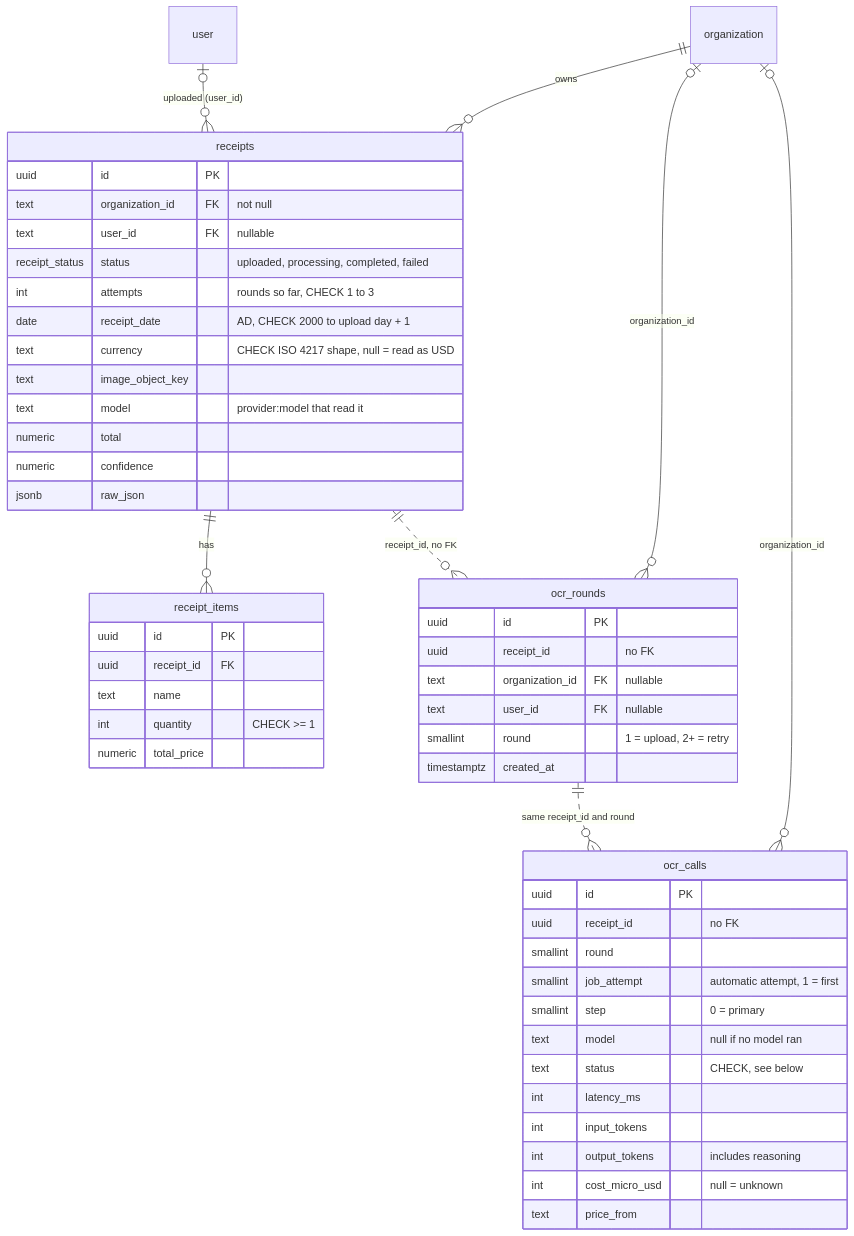
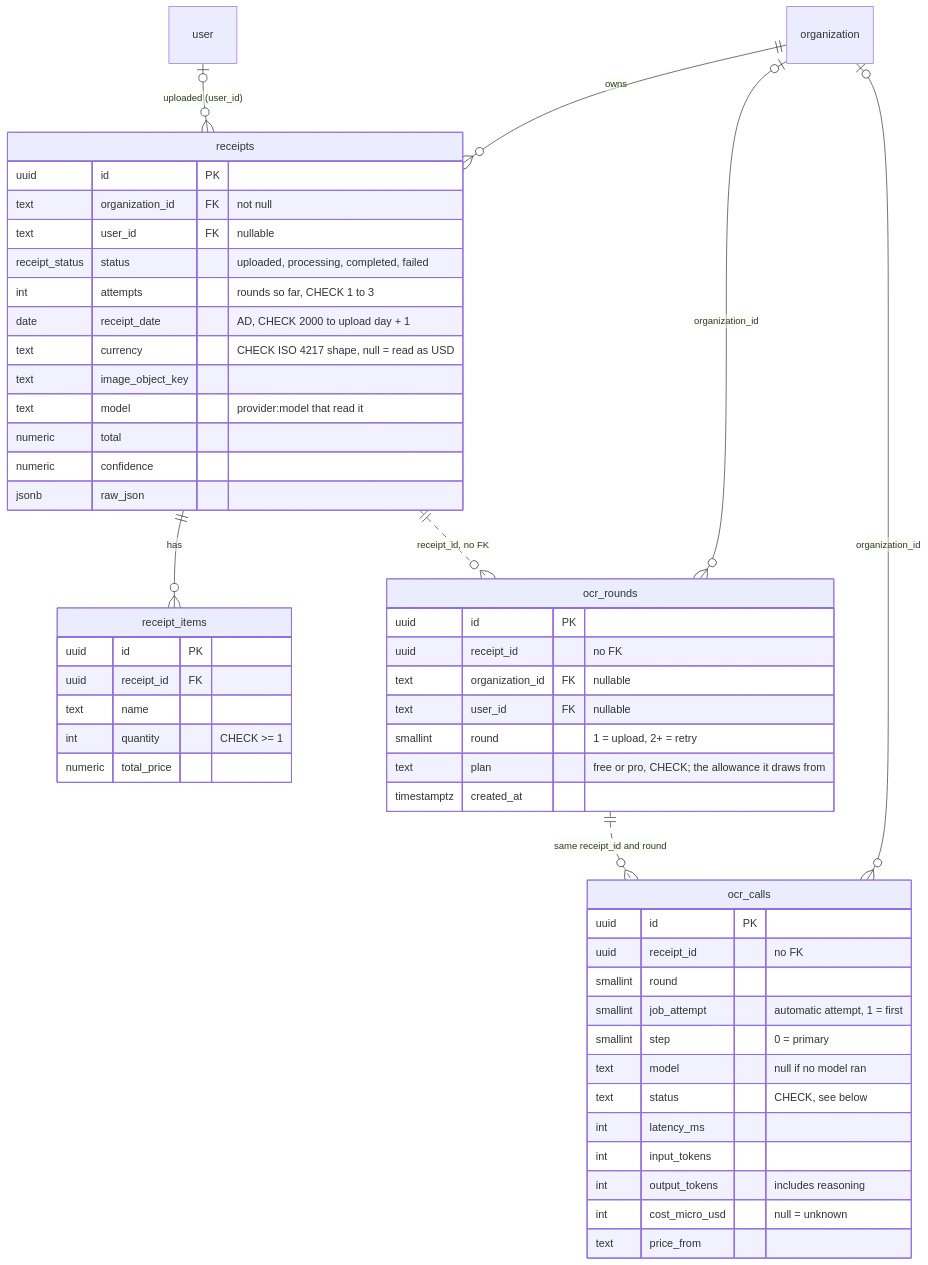
Before and after one commit to bhimrazy/receipt-ocr-app: the second of 6 diagrams in docs/architecture/data-model.md, drawn with Mermaid. The commit also changed other lines of this file and 10 other files, not shown here.

First line of the commit message:
docs: billing flow, plans and limits table, Paddle setup and decisions

````diff
--- a/docs/architecture/data-model.md
+++ b/docs/architecture/data-model.md
@@ -133,54 +134,55 @@
 ```mermaid
 erDiagram
   organization ||--o{ receipts : "owns"
   user |o--o{ receipts : "uploaded (user_id)"
   receipts ||--o{ receipt_items : "has"
   receipts ||..o{ ocr_rounds : "receipt_id, no FK"
   ocr_rounds ||..o{ ocr_calls : "same receipt_id and round"
   organization |o--o{ ocr_rounds : "organization_id"
   organization |o--o{ ocr_calls : "organization_id"
 
   receipts {
     uuid id PK
     text organization_id FK "not null"
     text user_id FK "nullable"
     receipt_status status "uploaded, processing, completed, failed"
     int attempts "rounds so far, CHECK 1 to 3"
     date receipt_date "AD, CHECK 2000 to upload day + 1"
     text currency "CHECK ISO 4217 shape, null = read as USD"
     text image_object_key
     text model "provider:model that read it"
     numeric total
     numeric confidence
     jsonb raw_json
   }
   receipt_items {
     uuid id PK
     uuid receipt_id FK
     text name
     int quantity "CHECK >= 1"
     numeric total_price
   }
   ocr_rounds {
     uuid id PK
     uuid receipt_id "no FK"
     text organization_id FK "nullable"
     text user_id FK "nullable"
     smallint round "1 = upload, 2+ = retry"
+    text plan "free or pro, CHECK; the allowance it draws from"
     timestamptz created_at
   }
   ocr_calls {
     uuid id PK
     uuid receipt_id "no FK"
     smallint round
     smallint job_attempt "automatic attempt, 1 = first"
     smallint step "0 = primary"
     text model "null if no model ran"
     text status "CHECK, see below"
     int latency_ms
     int input_tokens
     int output_tokens "includes reasoning"
     int cost_micro_usd "null = unknown"
     text price_from
   }
 ```
````
